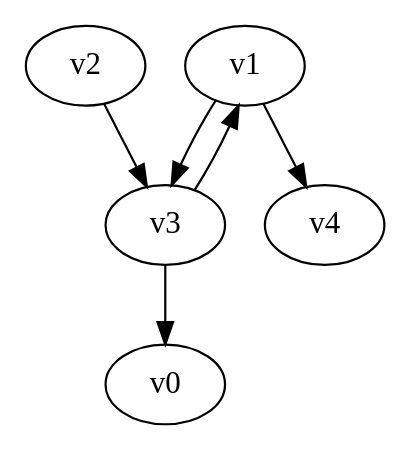
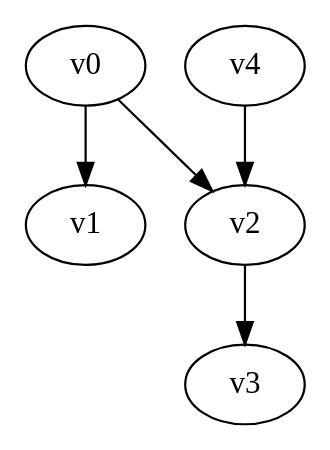
One commit to yadej/graph_project changed the diagram in digraph.dot. Above: the diagram before and after it, drawn with Graphviz. The commit also changed 2 other files, not shown here.

```diff
--- a/digraph.dot
+++ b/digraph.dot
@@ -1,7 +1,5 @@
 digraph G { 
-v1 -> v3;
-v1 -> v4;
-v2 -> v3;
-v3 -> v0;
-v3 -> v1;
+v0 -> v1;
+v0 -> v2 -> v3;
+v4 -> v2;
 }
```
